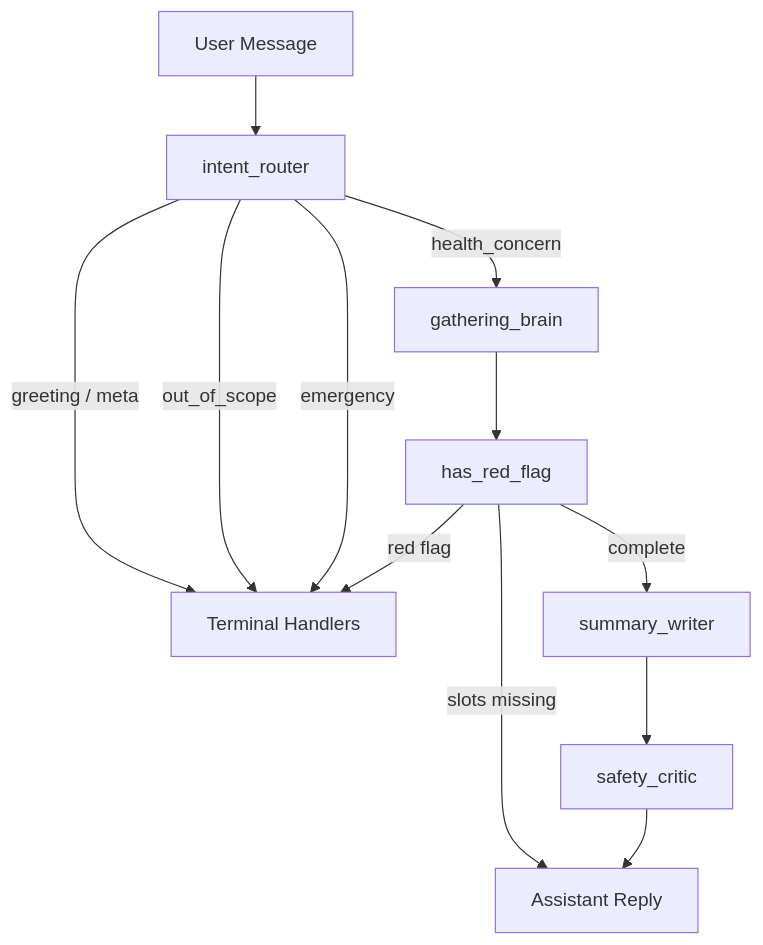
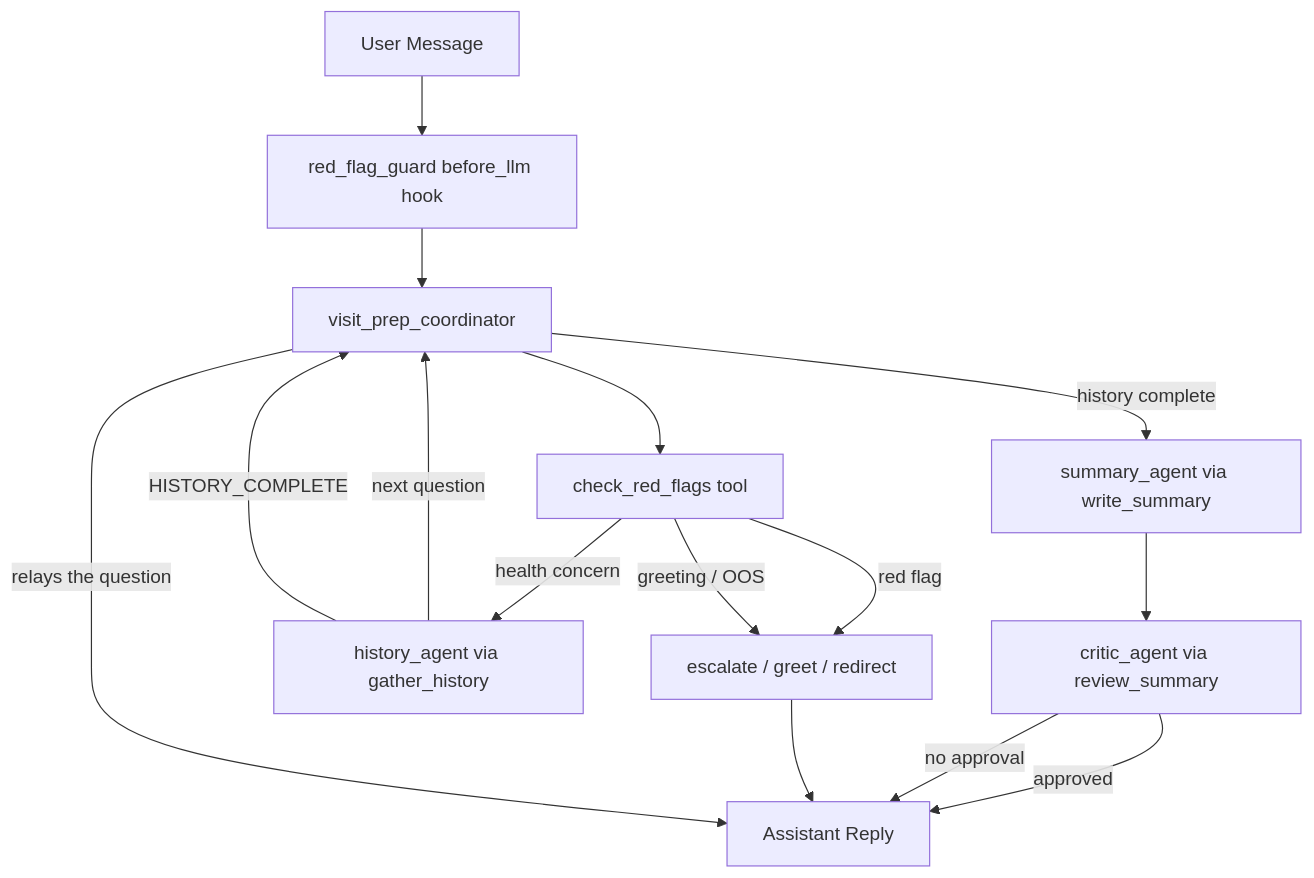
The first of 2 diagrams in agents/visit-prep/docs/architecture.md (rhesis-ai/rhesis), drawn with Mermaid before and after one commit. The commit also changed other lines of this file and 1 other file, not shown here.

First line of the commit message:
docs(dev): update visit-prep agent architecture

````diff
--- a/agents/visit-prep/docs/architecture.md
+++ b/agents/visit-prep/docs/architecture.md
@@ -7,23 +7,27 @@
 ```mermaid
 flowchart TB
     UserMessage[User Message]
-    IntentRouter[intent_router]
-    Terminals[Terminal Handlers]
-    Gathering[gathering_brain]
-    RedFlag[has_red_flag]
-    Summary[summary_writer]
-    Critic[safety_critic]
+    Coordinator[visit_prep_coordinator]
+    Guard[red_flag_guard before_llm hook]
+    CheckRF[check_red_flags tool]
+    Terminals[escalate / greet / redirect]
+    History[history_agent via gather_history]
+    Summary[summary_agent via write_summary]
+    Critic[critic_agent via review_summary]
     Reply[Assistant Reply]
 
-    UserMessage --> IntentRouter
-    IntentRouter -->|greeting / meta| Terminals
-    IntentRouter -->|out_of_scope| Terminals
-    IntentRouter -->|emergency| Terminals
-    IntentRouter -->|health_concern| Gathering
-    Gathering --> RedFlag
-    RedFlag -->|red flag| Terminals
-    RedFlag -->|slots missing| Reply
-    RedFlag -->|complete| Summary
+    UserMessage --> Guard
+    Guard --> Coordinator
+    Coordinator --> CheckRF
+    CheckRF -->|red flag| Terminals
+    CheckRF -->|greeting / OOS| Terminals
+    CheckRF -->|health concern| History
+    History -->|next question| Coordinator
+    History -->|HISTORY_COMPLETE| Coordinator
+    Coordinator -->|history complete| Summary
     Summary --> Critic
-    Critic --> Reply
+    Critic -->|approved| Reply
+    Critic -->|no approval| Reply
+    Terminals --> Reply
+    Coordinator -->|relays the question| Reply
 ```
````
